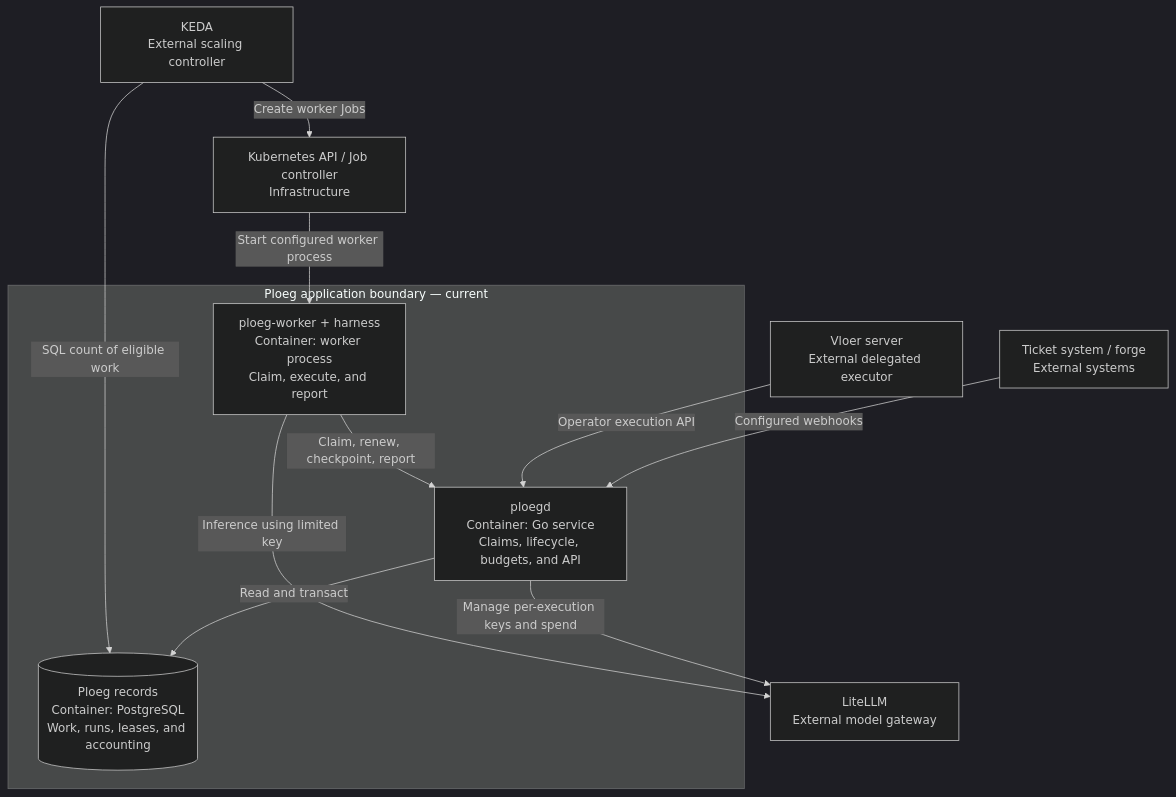
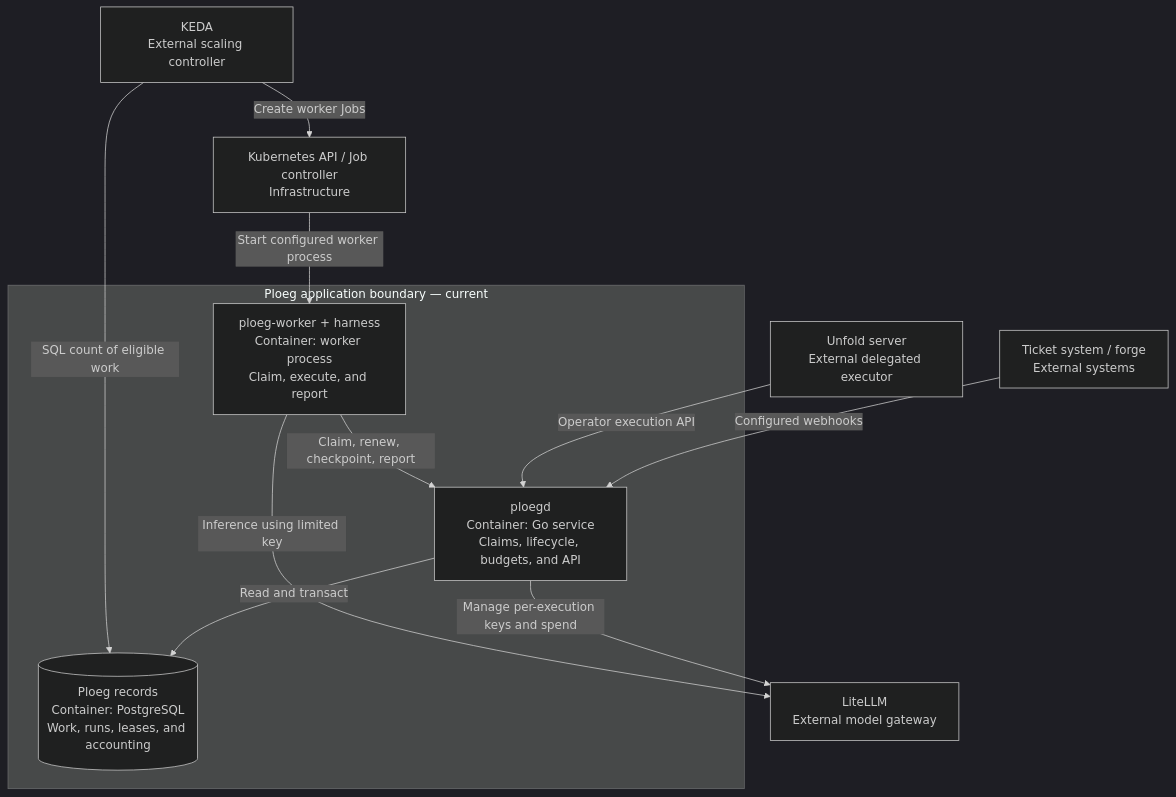
Before and after one commit to webgrip/unfold: the fifth of 14 diagrams in docs/landscape/c4.md, drawn with Mermaid (dark theme). The commit also changed other lines of this file and 1136 other files, not shown here.

````diff
--- a/docs/landscape/c4.md
+++ b/docs/landscape/c4.md
@@ -118,22 +118,22 @@
 ```mermaid
 flowchart TB
     t["Ticket system / forge<br/>External systems"]
-    v["Vloer server<br/>External delegated executor"]
+    v["Unfold server<br/>External delegated executor"]
     subgraph pboundary["Ploeg application boundary — current"]
         controller["ploegd<br/>Container: Go service<br/>Claims, lifecycle, budgets, and API"]
         database[("Ploeg records<br/>Container: PostgreSQL<br/>Work, runs, leases, and accounting")]
         worker["ploeg-worker + harness<br/>Container: worker process<br/>Claim, execute, and report"]
     end
     keda["KEDA<br/>External scaling controller"]
     kube["Kubernetes API / Job controller<br/>Infrastructure"]
     lite["LiteLLM<br/>External model gateway"]
     t -->|Configured webhooks| controller
     v -->|Operator execution API| controller
     controller -->|Read and transact| database
     keda -->|SQL count of eligible work| database
     keda -->|Create worker Jobs| kube
     kube -->|Start configured worker process| worker
     worker -->|Claim, renew, checkpoint, report| controller
     controller -->|Manage per-execution keys and spend| lite
     worker -->|Inference using limited key| lite
 ```
````
